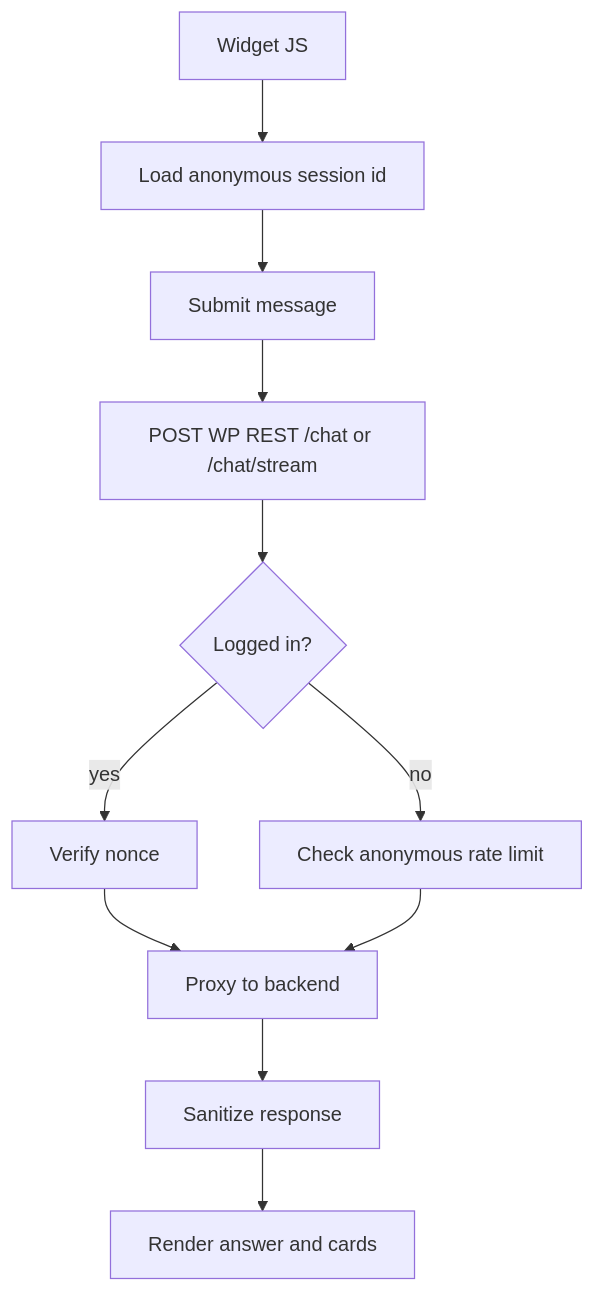
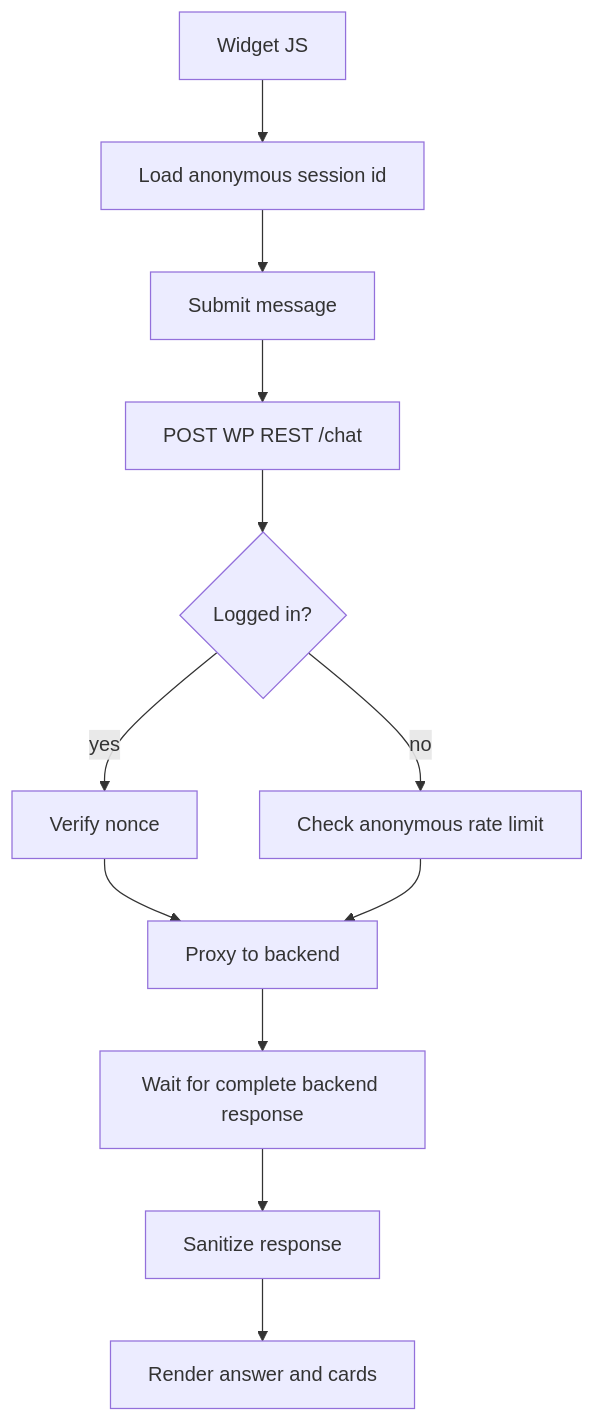
One commit to sovware/ask-sunny-docs changed the diagram in plugin/WP_PLUGIN_REST_API_CONTRACT.md. Above: the diagram before and after it, drawn with Mermaid. The commit also changed other lines of this file and 9 other files, not shown here.

````diff
--- a/plugin/WP_PLUGIN_REST_API_CONTRACT.md
+++ b/plugin/WP_PLUGIN_REST_API_CONTRACT.md
@@ -232,13 +408,14 @@
 ```mermaid
 flowchart TD
   Widget[Widget JS] --> Session[Load anonymous session id]
   Session --> Submit[Submit message]
-  Submit --> WPRest[POST WP REST /chat or /chat/stream]
+  Submit --> WPRest[POST WP REST /chat]
   WPRest --> Nonce{Logged in?}
   Nonce -- yes --> VerifyNonce[Verify nonce]
   Nonce -- no --> RateLimit[Check anonymous rate limit]
   VerifyNonce --> Proxy[Proxy to backend]
   RateLimit --> Proxy
-  Proxy --> Sanitize[Sanitize response]
+  Proxy --> Wait[Wait for complete backend response]
+  Wait --> Sanitize[Sanitize response]
   Sanitize --> Render[Render answer and cards]
 ```
````
